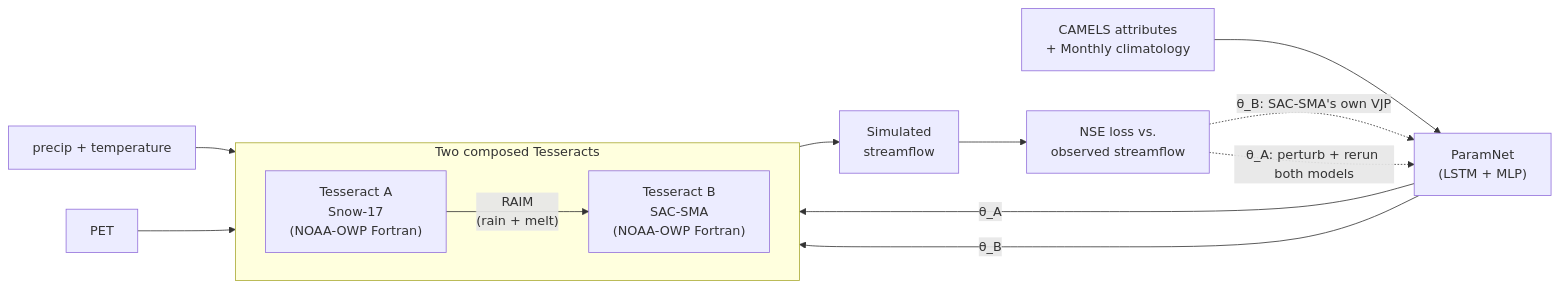
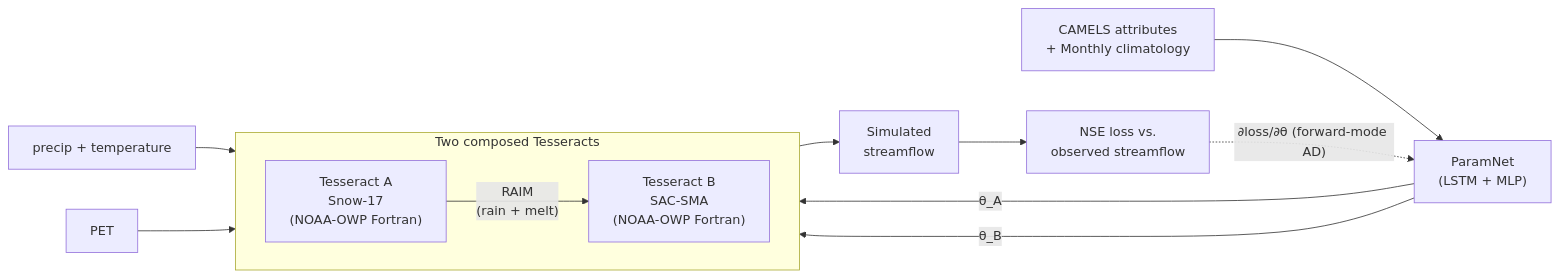
The diagram in README.md (kasProg/dSnowSac), drawn with Mermaid before and after one commit. The commit also changed other lines of this file and 13 other files, not shown here.

````diff
--- a/README.md
+++ b/README.md
@@ -54,18 +54,17 @@
 ```mermaid
 flowchart LR
     ATTR["CAMELS attributes<br/>+ Monthly climatology"] --> NET["ParamNet<br/>(LSTM + MLP)"]
 
     subgraph TESS["Two composed Tesseracts"]
         direction LR
         T1["Tesseract A<br/>Snow-17<br/>(NOAA-OWP Fortran)"] -- "RAIM<br/>(rain + melt)" --> T2["Tesseract B<br/>SAC-SMA<br/>(NOAA-OWP Fortran)"]
     end
 
     NET -- "θ_A" --> T1
     NET -- "θ_B" --> T2
     FORC["precip + temperature"] --> T1
     PET["PET"] --> T2
     T2 --> SIM["Simulated<br/>streamflow"] --> LOSS["NSE loss vs.<br/>observed streamflow"]
 
-    LOSS -. "θ_B: SAC-SMA's own VJP" .-> NET
-    LOSS -. "θ_A: perturb + rerun both models" .-> NET
+    LOSS -. "∂loss/∂θ (forward-mode AD)" .-> NET
 ```
````
